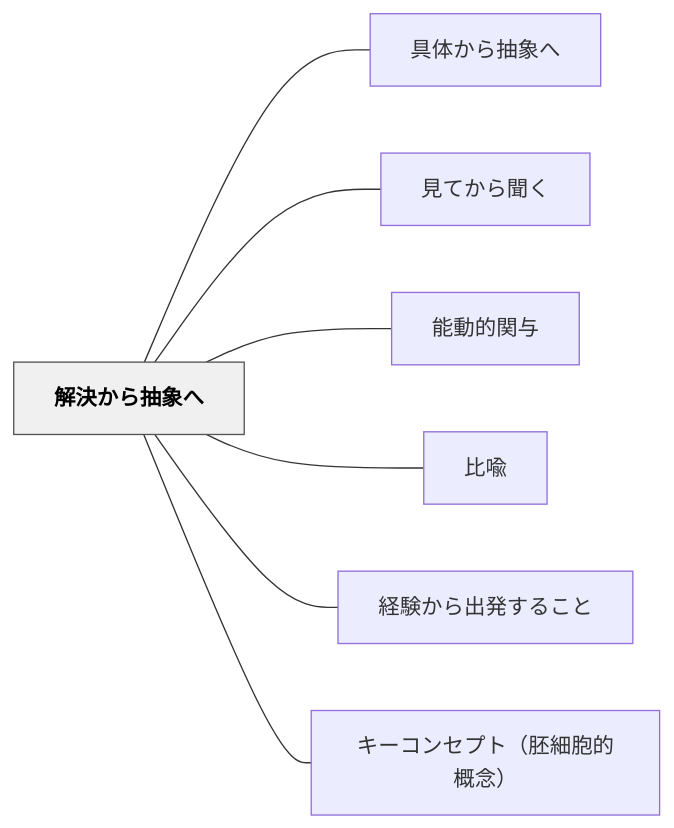
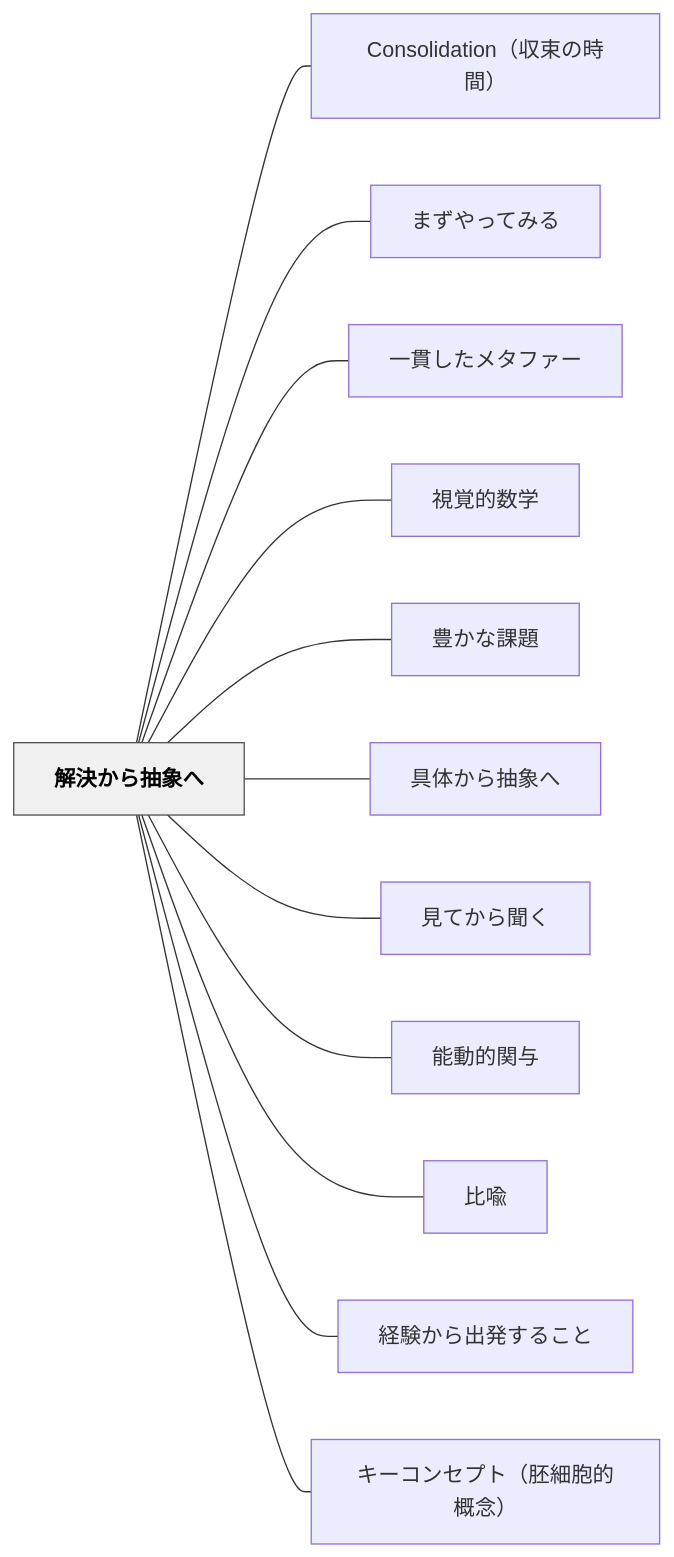
The diagram in content/パタン/解決から抽象へ.md (unknownthings-ed-patterns/unknownthings-ed-patterns), drawn with Mermaid before and after one commit. The commit also changed other lines of this file and 473 other files, not shown here.

````diff
--- a/content/パタン/解決から抽象へ.md
+++ b/content/パタン/解決から抽象へ.md
@@ -83,20 +88,30 @@
 ```mermaid
 flowchart LR
     ne8a7a3e6b1ba["解決から抽象へ"]
+    n436f6e736f6c["Consolidation（収束の時間）"]
+    ne381bee3819a["まずやってみる"]
+    ne4b880e8b2ab["一貫したメタファー"]
+    ne8a696e8a69a["視覚的数学"]
+    ne8b18ae3818b["豊かな課題"]
     ne585b7e4bd93["具体から抽象へ"]
     ne8a68be381a6["見てから聞く"]
     ne883bde58b95["能動的関与"]
     ne6af94e596a9["比喩"]
     ne7b58ce9a893["経験から出発すること"]
     ne382ade383bc["キーコンセプト（胚細胞的概念）"]
 
+    ne8a7a3e6b1ba --- n436f6e736f6c
+    ne8a7a3e6b1ba --- ne381bee3819a
+    ne8a7a3e6b1ba --- ne4b880e8b2ab
+    ne8a7a3e6b1ba --- ne8a696e8a69a
+    ne8a7a3e6b1ba --- ne8b18ae3818b
     ne8a7a3e6b1ba --- ne585b7e4bd93
     ne8a7a3e6b1ba --- ne8a68be381a6
     ne8a7a3e6b1ba --- ne883bde58b95
     ne8a7a3e6b1ba --- ne6af94e596a9
     ne8a7a3e6b1ba --- ne7b58ce9a893
     ne8a7a3e6b1ba --- ne382ade383bc
 
     classDef hub fill:#f0f0f0,stroke:#555,color:#000,font-weight:bold
     class ne8a7a3e6b1ba hub
 ```
````
